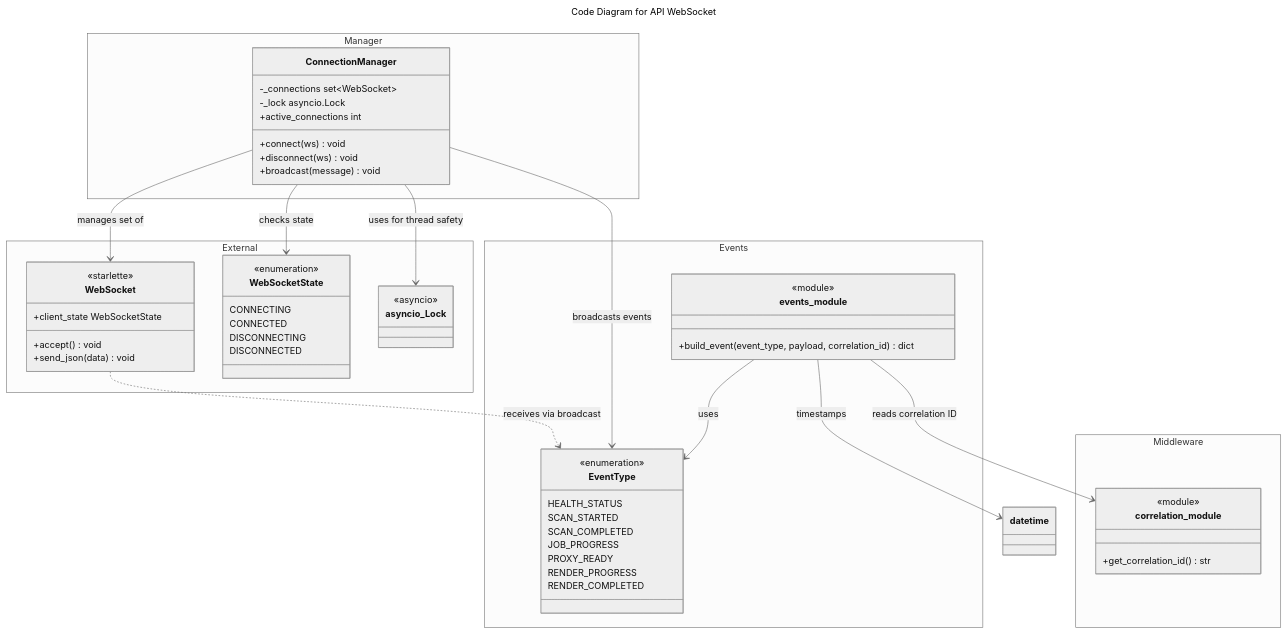
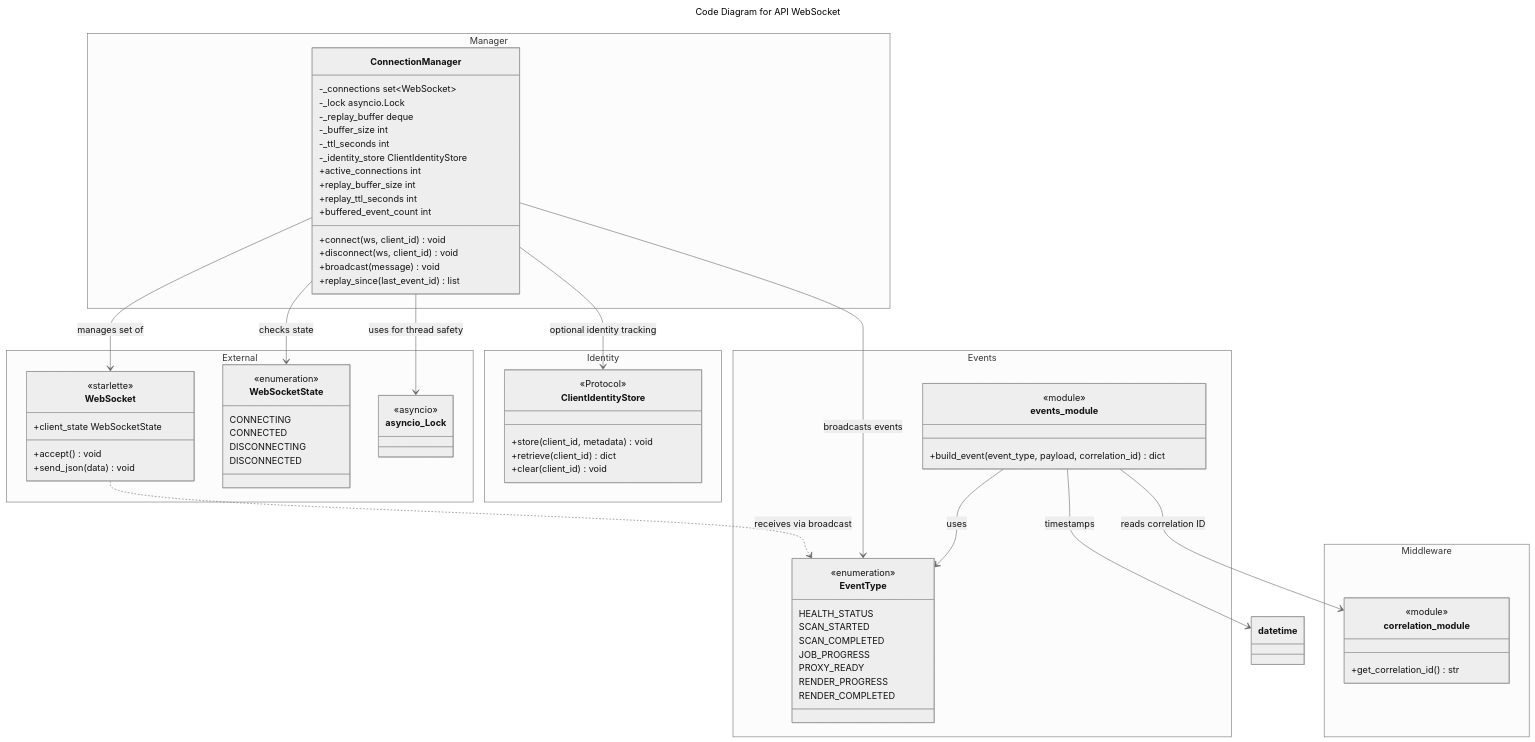
One commit to gwickman/stoat-and-ferret changed the diagram in docs/C4-Documentation/c4-code-stoat-ferret-api-websocket.md. Above: the diagram before and after it, drawn with Mermaid (neutral theme). The commit also changed other lines of this file and 4 other files, not shown here.

````diff
--- a/docs/C4-Documentation/c4-code-stoat-ferret-api-websocket.md
+++ b/docs/C4-Documentation/c4-code-stoat-ferret-api-websocket.md
@@ -116,10 +136,18 @@
         class ConnectionManager {
             -_connections set~WebSocket~
             -_lock asyncio.Lock
+            -_replay_buffer deque
+            -_buffer_size int
+            -_ttl_seconds int
+            -_identity_store ClientIdentityStore
             +active_connections int
-            +connect(ws) void
-            +disconnect(ws) void
+            +replay_buffer_size int
+            +replay_ttl_seconds int
+            +buffered_event_count int
+            +connect(ws, client_id) void
+            +disconnect(ws, client_id) void
             +broadcast(message) void
+            +replay_since(last_event_id) list
         }
     }
     
@@ -150,15 +178,25 @@
             +get_correlation_id() str
         }
     }
-    
+
+    namespace Identity {
+        class ClientIdentityStore {
+            <<Protocol>>
+            +store(client_id, metadata) void
+            +retrieve(client_id) dict
+            +clear(client_id) void
+        }
+    }
+
     events_module --> EventType : uses
     events_module --> correlation_module : reads correlation ID
     events_module --> datetime : timestamps
-    
+
     ConnectionManager --> asyncio_Lock : uses for thread safety
     ConnectionManager --> WebSocket : manages set of
     ConnectionManager --> WebSocketState : checks state
     ConnectionManager --> EventType : broadcasts events
-    
+    ConnectionManager --> ClientIdentityStore : optional identity tracking
+
     WebSocket ..> EventType : receives via broadcast
 ```
````
